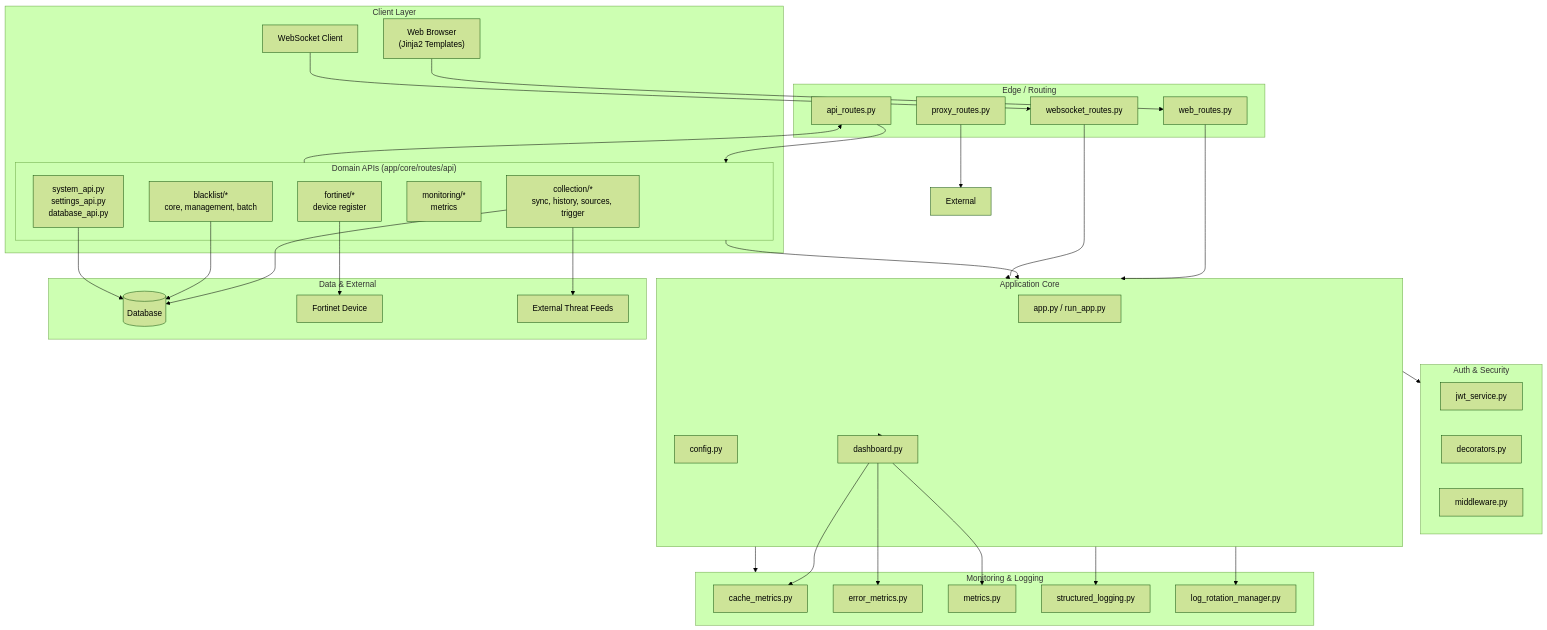
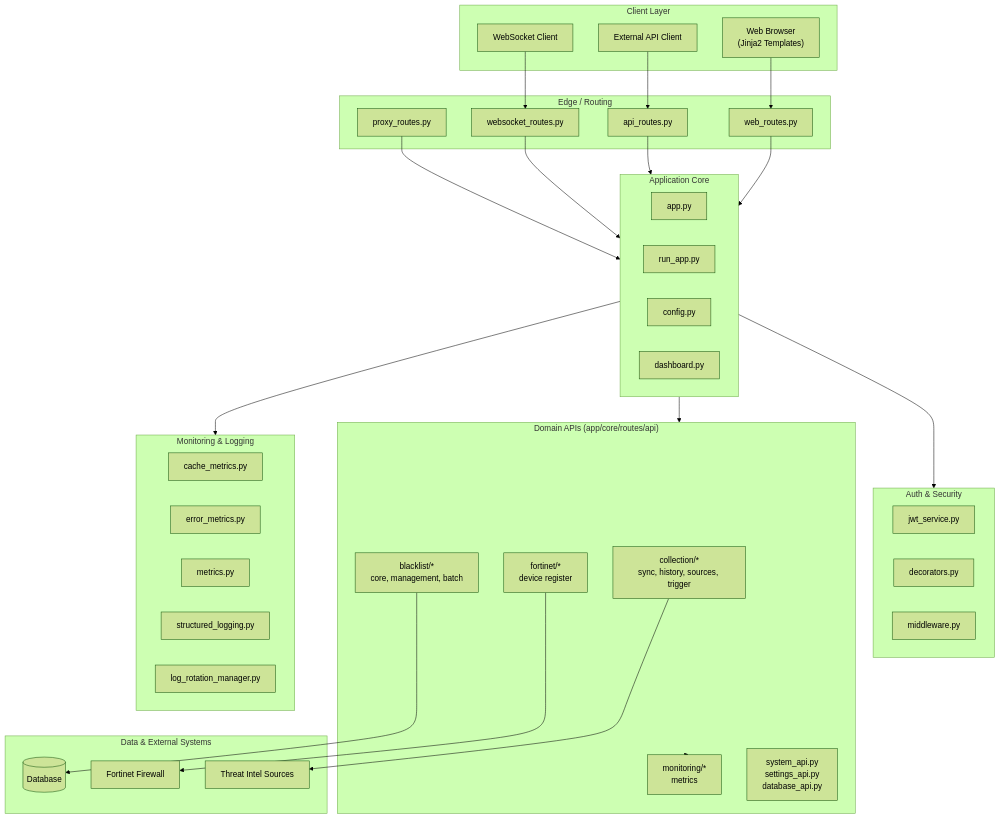
The first of 2 diagrams in README.md (jclee941/blacklist), drawn with Mermaid (forest theme) before and after one commit. The commit also changed other lines of this file, not shown here.

````diff
--- a/README.md
+++ b/README.md
@@ -24,71 +65,65 @@
 ```mermaid
 flowchart TB
     subgraph Client["Client Layer"]
         Browser["Web Browser<br/>(Jinja2 Templates)"]
         API["External API Client"]
         WS["WebSocket Client"]
     end
 
     subgraph Edge["Edge / Routing"]
         WebRoutes["web_routes.py"]
         APIRoutes["api_routes.py"]
         WSRoutes["websocket_routes.py"]
         ProxyRoutes["proxy_routes.py"]
     end
 
-    subgraph Auth["Auth &amp; Security"]
+    subgraph AuthN["Auth &amp; Security"]
         JWT["jwt_service.py"]
         Decorators["decorators.py"]
         Middleware["middleware.py"]
     end
 
     subgraph App["Application Core"]
-        AppPy["app.py / run_app.py"]
+        AppPy["app.py"]
+        RunApp["run_app.py"]
         Config["config.py"]
         Dashboard["dashboard.py"]
     end
 
-    subgraph API["Domain APIs (app/core/routes/api)"]
+    subgraph DomainAPI["Domain APIs (app/core/routes/api)"]
         Collection["collection/*<br/>sync, history, sources, trigger"]
         Blacklist["blacklist/*<br/>core, management, batch"]
         Fortinet["fortinet/*<br/>device register"]
         Monitor["monitoring/*<br/>metrics"]
         System["system_api.py<br/>settings_api.py<br/>database_api.py"]
     end
 
-    subgraph Observability["Monitoring &amp; Logging"]
+    subgraph Obs["Monitoring &amp; Logging"]
         CacheMetrics["cache_metrics.py"]
         ErrorMetrics["error_metrics.py"]
         Metrics["metrics.py"]
-        StructuredLog["structured_logging.py"]
+        Logging["structured_logging.py"]
         LogRotation["log_rotation_manager.py"]
     end
 
-    subgraph Data["Data &amp; External"]
+    subgraph Data["Data &amp; External Systems"]
         DB[("Database")]
-        FortinetDevice["Fortinet Device"]
-        ThreatFeeds["External Threat Feeds"]
+        Fortigate["Fortinet Firewall"]
+        Sources["Threat Intel Sources"]
     end
 
     Browser --> WebRoutes
     API --> APIRoutes
     WS --> WSRoutes
-    APIRoutes --> API
     WebRoutes --> App
-    API --> App
+    APIRoutes --> App
     WSRoutes --> App
-    ProxyRoutes --> External
-    App --> Auth
-    App --> Dashboard
-    App --> Observability
-    Collection --> DB
+    ProxyRoutes --> App
+    App --> AuthN
+    App --> DomainAPI
+    App --> Obs
+    Collection --> Sources
     Blacklist --> DB
-    Fortinet --> FortinetDevice
-    Collection --> ThreatFeeds
-    System --> DB
-    Dashboard --> CacheMetrics
-    Dashboard --> ErrorMetrics
-    Dashboard --> Metrics
-    App --> StructuredLog
-    App --> LogRotation
+    Fortinet --> Fortigate
+    DomainAPI --> Monitor
 ```
````
